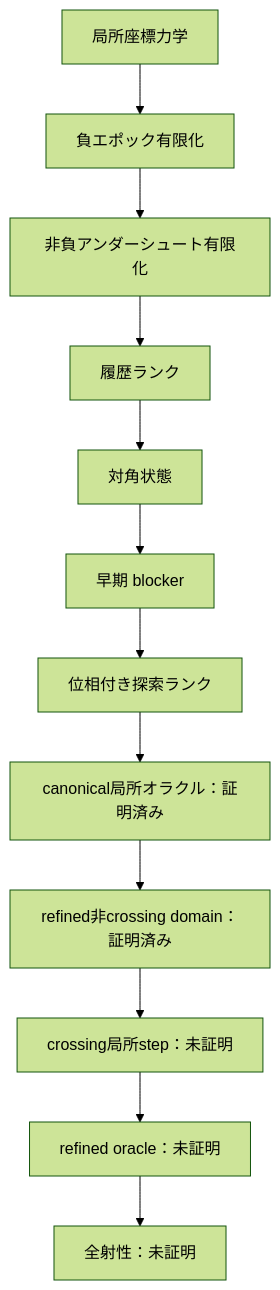
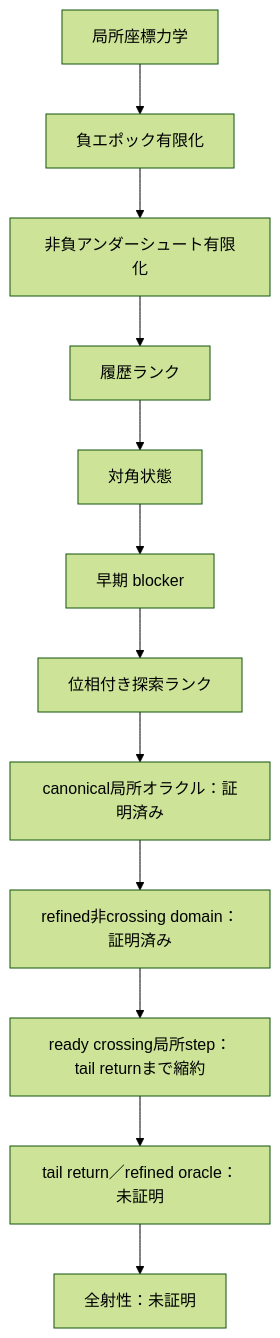
Before and after one commit to hirokidaichi/recaman-lean-research: the diagram in README.md, drawn with Mermaid (forest theme). The commit also changed other lines of this file and 12 other files, not shown here.

````diff
--- a/README.md
+++ b/README.md
@@ -60,14 +67,14 @@
 ```mermaid
 flowchart TD
     A["局所座標力学"] --> B["負エポック有限化"]
     B --> C["非負アンダーシュート有限化"]
     C --> D["履歴ランク"]
     D --> E["対角状態"]
     E --> F["早期 blocker"]
     F --> G["位相付き探索ランク"]
     G --> H["canonical局所オラクル：証明済み"]
     H --> I["refined非crossing domain：証明済み"]
-    I --> J["crossing局所step：未証明"]
-    J --> K["refined oracle：未証明"]
+    I --> J["ready crossing局所step：tail returnまで縮約"]
+    J --> K["tail return／refined oracle：未証明"]
     K --> L["全射性：未証明"]
 ```
````
